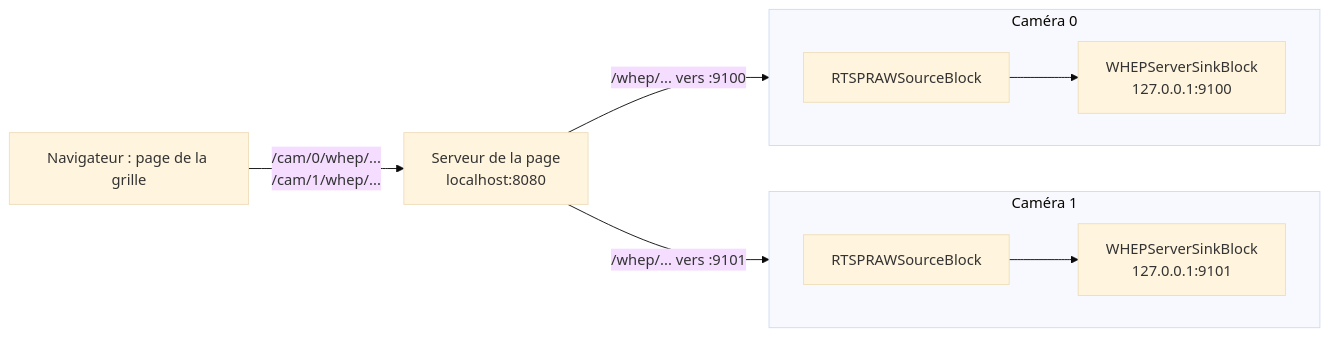
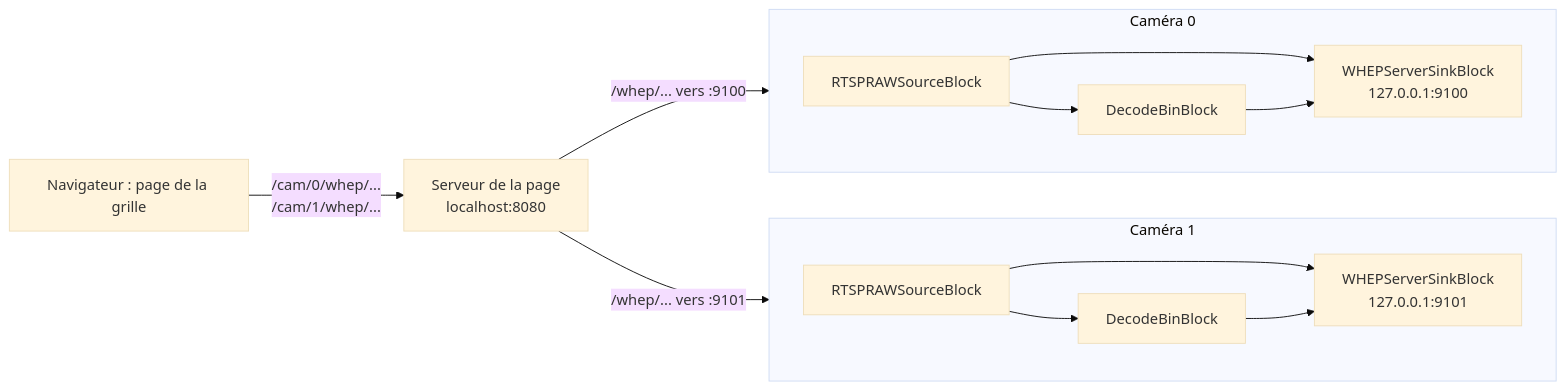
The third of 3 diagrams in dotnet/mediablocks/Guides/rtsp-cameras-in-browser-whep.fr.md (visioforge/help), drawn with Mermaid (base theme) before and after one commit. The commit also changed other lines of this file and 27 other files, not shown here.

````diff
--- a/dotnet/mediablocks/Guides/rtsp-cameras-in-browser-whep.fr.md
+++ b/dotnet/mediablocks/Guides/rtsp-cameras-in-browser-whep.fr.md
@@ -360,14 +377,16 @@
 ```mermaid
 graph LR;
     browser["Navigateur : page de la grille"] -- "/cam/0/whep/...<br/>/cam/1/whep/..." --> page["Serveur de la page<br/>localhost:8080"];
     subgraph cam0 ["Caméra 0"]
         direction LR
         r0["RTSPRAWSourceBlock"] --> w0["WHEPServerSinkBlock<br/>127.0.0.1:9100"];
+        r0 --> d0["DecodeBinBlock"] --> w0;
     end
     subgraph cam1 ["Caméra 1"]
         direction LR
         r1["RTSPRAWSourceBlock"] --> w1["WHEPServerSinkBlock<br/>127.0.0.1:9101"];
+        r1 --> d1["DecodeBinBlock"] --> w1;
     end
     page -- "/whep/... vers :9100" --> cam0;
     page -- "/whep/... vers :9101" --> cam1;
 ```
````
